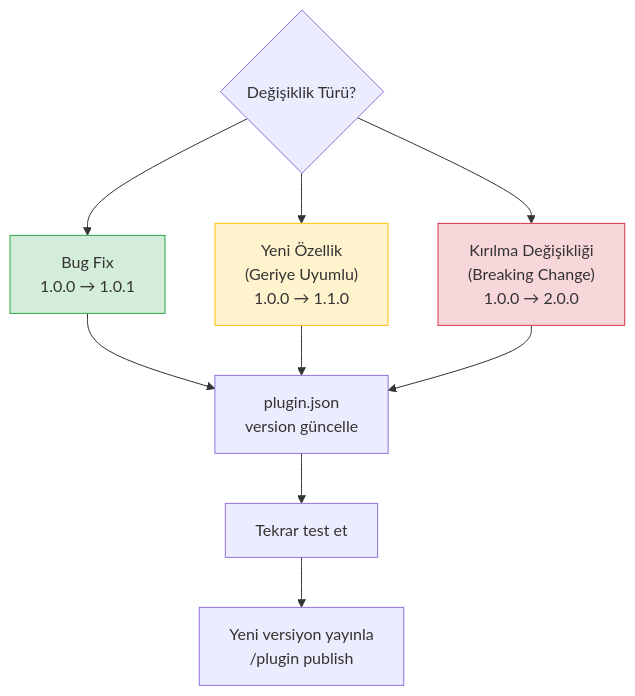
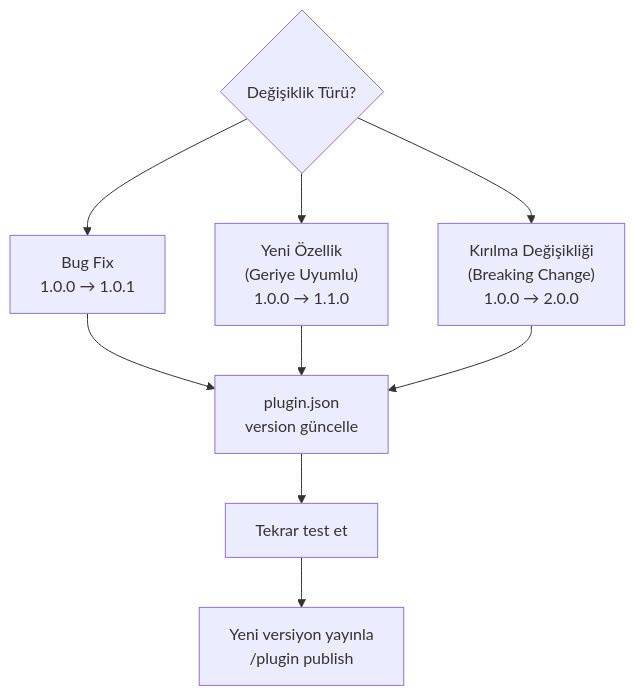
Before and after one commit to IzzetYasinAtes/ClaudeCodeHandbook: the sixth of 8 diagrams in 12-skills-ve-pluginler/05-plugin-olusturma-ve-dagitim.md, drawn with Mermaid. The commit also changed other lines of this file and 97 other files, not shown here.

Commit message:
Remove all custom Mermaid style/fill colors from 98 markdown files for consistent dark theme rendering

````diff
--- a/12-skills-ve-pluginler/05-plugin-olusturma-ve-dagitim.md
+++ b/12-skills-ve-pluginler/05-plugin-olusturma-ve-dagitim.md
@@ -517,17 +509,14 @@
 ```mermaid
 flowchart TD
     CHANGE{"Değişiklik Türü?"} --> PATCH["Bug Fix<br/>1.0.0 → 1.0.1"]
     CHANGE --> MINOR["Yeni Özellik<br/>(Geriye Uyumlu)<br/>1.0.0 → 1.1.0"]
     CHANGE --> MAJOR["Kırılma Değişikliği<br/>(Breaking Change)<br/>1.0.0 → 2.0.0"]
 
     PATCH --> UPDATE_JSON["plugin.json<br/>version güncelle"]
     MINOR --> UPDATE_JSON
     MAJOR --> UPDATE_JSON
 
     UPDATE_JSON --> TEST_NEW["Tekrar test et"]
     TEST_NEW --> PUBLISH_NEW["Yeni versiyon yayınla<br/>/plugin publish"]
 
-    style PATCH fill:#d4edda,stroke:#28a745
-    style MINOR fill:#fff3cd,stroke:#ffc107
-    style MAJOR fill:#f8d7da,stroke:#dc3545
 ```
````
